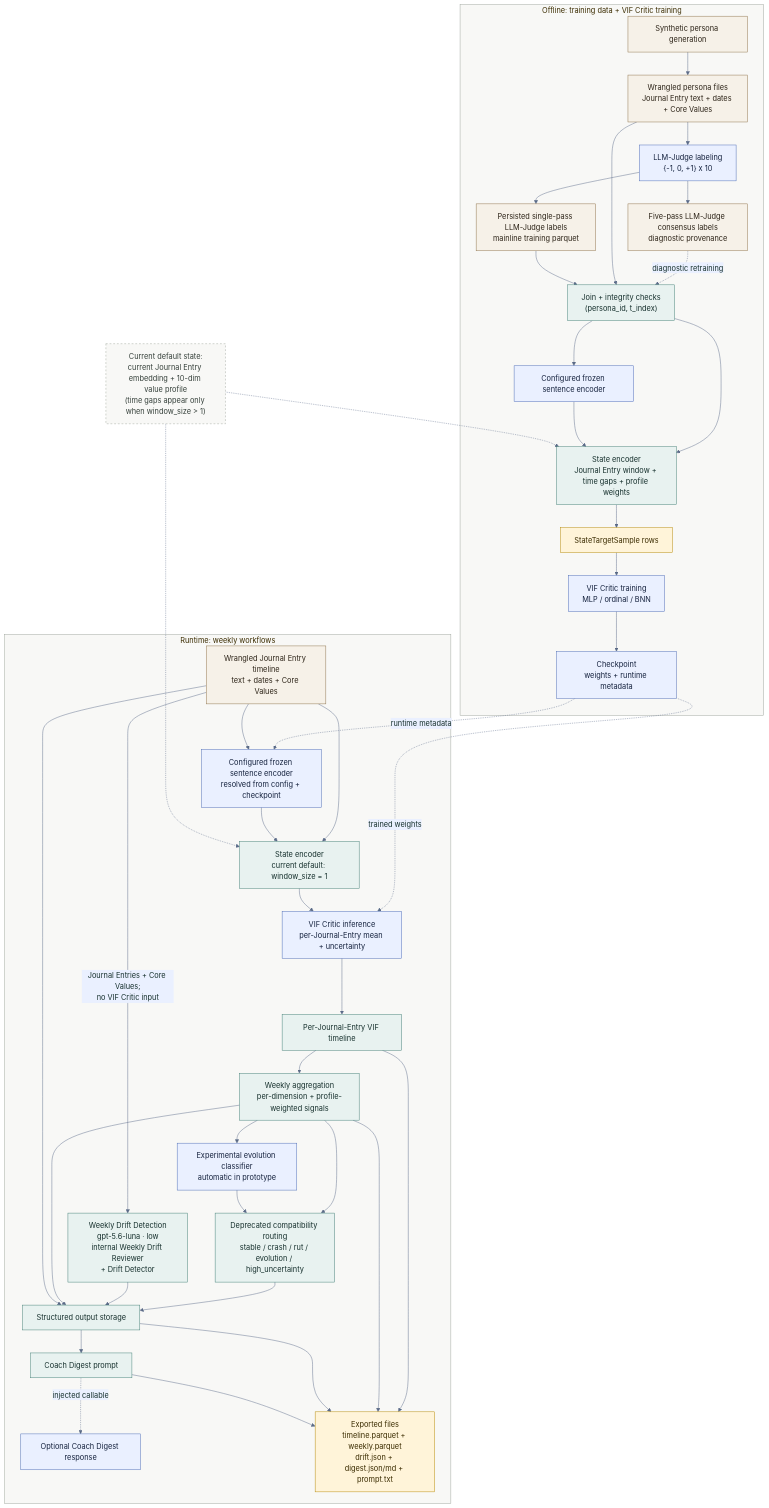
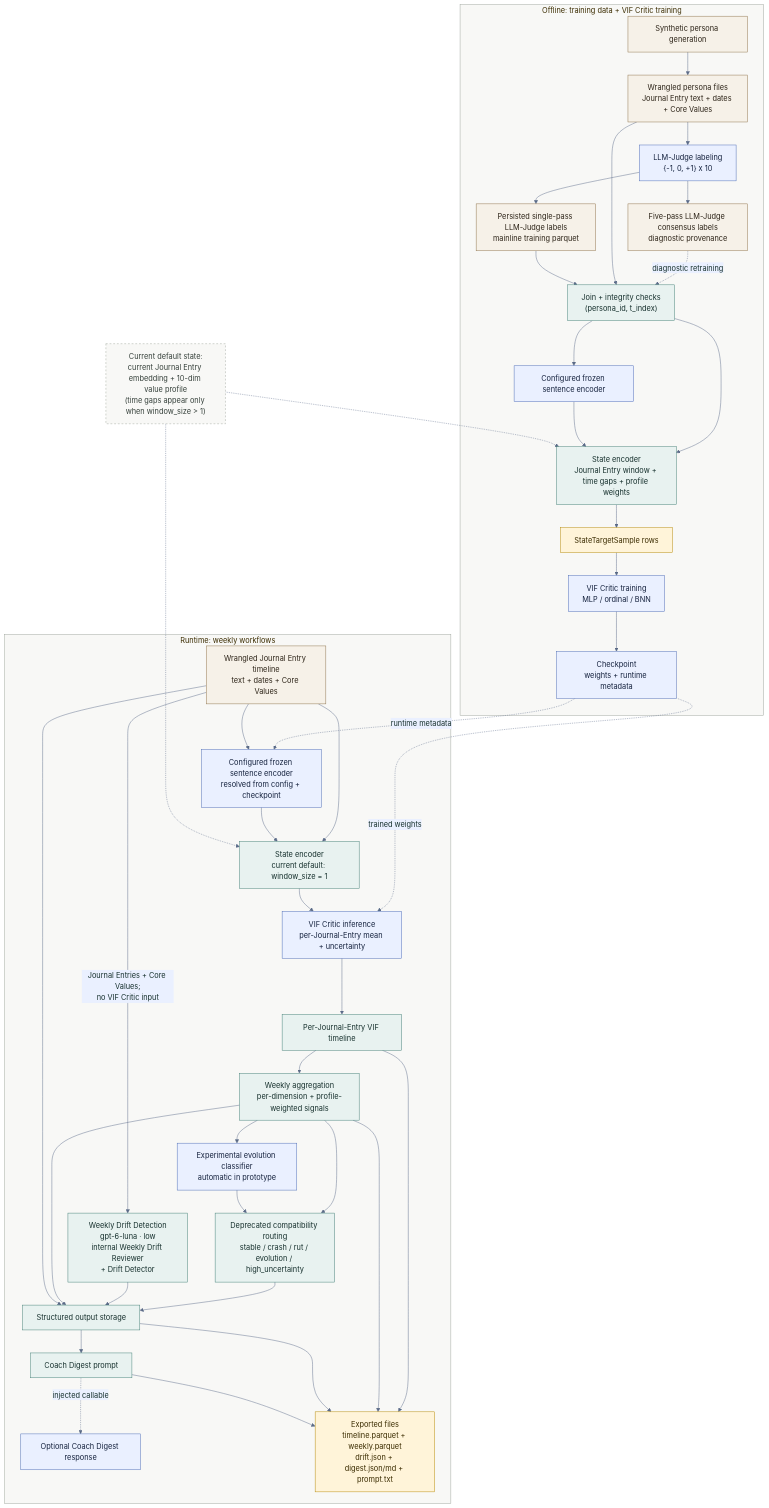
One commit to DesmondChoy/twinkl changed the diagram in docs/vif/current_system_architecture.mmd. Above: the diagram before and after it, drawn with Mermaid. The commit also changed 27 other files, not shown here.

```diff
--- a/docs/vif/current_system_architecture.mmd
+++ b/docs/vif/current_system_architecture.mmd
@@ -1,101 +1,101 @@
 %%{init: {
   'theme': 'base',
   'themeVariables': {
     'fontFamily': 'ui-sans-serif, system-ui, sans-serif',
     'primaryColor': '#E8F2F0',
     'primaryTextColor': '#16302D',
     'primaryBorderColor': '#3F7C73',
     'lineColor': '#5B6B88',
     'secondaryColor': '#EAF0FF',
     'secondaryTextColor': '#15223E',
     'secondaryBorderColor': '#4767B3',
     'tertiaryColor': '#FFF4D9',
     'tertiaryTextColor': '#3B2C00',
     'tertiaryBorderColor': '#B38600',
     'clusterBkg': '#F8F8F6',
     'clusterBorder': '#9CA39A'
   }
 }}%%
 flowchart TB
     classDef data fill:#F6F1E8,stroke:#8B6F47,color:#2D2418;
     classDef process fill:#E8F2F0,stroke:#3F7C73,color:#16302D;
     classDef model fill:#EAF0FF,stroke:#4767B3,color:#15223E;
     classDef artifact fill:#FFF4D9,stroke:#B38600,color:#3B2C00;
     classDef note fill:#F8F8F6,stroke:#9CA39A,color:#36413B,stroke-dasharray: 4 4;
 
     subgraph offline["Offline: training data + VIF Critic training"]
         generator["Synthetic persona generation"]
         wrangled_train["Wrangled persona files<br/>Journal Entry text + dates + Core Values"]
         judge["LLM-Judge labeling<br/>{-1, 0, +1} x 10"]
         labels["Persisted single-pass LLM-Judge labels<br/>mainline training parquet"]
         consensus["Five-pass LLM-Judge consensus labels<br/>diagnostic provenance"]
         merge["Join + integrity checks<br/>(persona_id, t_index)"]
         encoder_train["Configured frozen sentence encoder"]
         state_train["State encoder<br/>Journal Entry window + time gaps + profile weights"]
         dataset["StateTargetSample rows"]
         critic_train["VIF Critic training<br/>MLP / ordinal / BNN"]
         checkpoint["Checkpoint<br/>weights + runtime metadata"]
     end
 
     subgraph runtime["Runtime: weekly workflows"]
         wrangled_runtime["Wrangled Journal Entry timeline<br/>text + dates + Core Values"]
         encoder_runtime["Configured frozen sentence encoder<br/>resolved from config + checkpoint"]
         state_runtime["State encoder<br/>current default: window_size = 1"]
         critic["VIF Critic inference<br/>per-Journal-Entry mean + uncertainty"]
         timeline["Per-Journal-Entry VIF timeline"]
         weekly["Weekly aggregation<br/>per-dimension + profile-weighted signals"]
         evolution["Experimental evolution classifier<br/>automatic in prototype"]
         drift["Deprecated compatibility routing<br/>stable / crash / rut / evolution / high_uncertainty"]
-        drift_v1["Weekly Drift Detection<br/>gpt-5.6-luna · low<br/>internal Weekly Drift Reviewer<br/>+ Drift Detector"]
+        drift_v1["Weekly Drift Detection<br/>gpt-6-luna · low<br/>internal Weekly Drift Reviewer<br/>+ Drift Detector"]
         digest["Structured output storage"]
         prompt["Coach Digest prompt"]
         coach["Optional Coach Digest response"]
         exports["Exported files<br/>timeline.parquet + weekly.parquet<br/>drift.json + digest.json/md + prompt.txt"]
     end
 
     default_note["Current default state:<br/>current Journal Entry embedding + 10-dim value profile<br/>(time gaps appear only when window_size > 1)"]
 
     generator --> wrangled_train
     wrangled_train --> judge
     judge --> labels
     judge --> consensus
     consensus -. "diagnostic retraining" .-> merge
     wrangled_train --> merge
     labels --> merge
     merge --> encoder_train
     merge --> state_train
     encoder_train --> state_train
     state_train --> dataset
     dataset --> critic_train
     critic_train --> checkpoint
 
     checkpoint -. "trained weights" .-> critic
     checkpoint -. "runtime metadata" .-> encoder_runtime
     wrangled_runtime --> encoder_runtime
     wrangled_runtime --> state_runtime
     encoder_runtime --> state_runtime
     state_runtime --> critic
     critic --> timeline
     timeline --> weekly
     weekly --> drift
     weekly --> evolution --> drift
     wrangled_runtime -->|"Journal Entries + Core Values;<br/>no VIF Critic input"| drift_v1
     drift --> digest
     drift_v1 --> digest
     weekly --> digest
     wrangled_runtime --> digest
     digest --> prompt
     prompt -. "injected callable" .-> coach
     timeline --> exports
     weekly --> exports
     digest --> exports
     prompt --> exports
 
     default_note -.-> state_train
     default_note -.-> state_runtime
 
     class generator,wrangled_train,labels,consensus,wrangled_runtime data;
     class merge,state_train,state_runtime,weekly,drift,drift_v1,digest,prompt process;
     class judge,encoder_train,encoder_runtime,critic_train,checkpoint,critic,coach,evolution model;
     class dataset,exports artifact;
     class default_note note;
```
